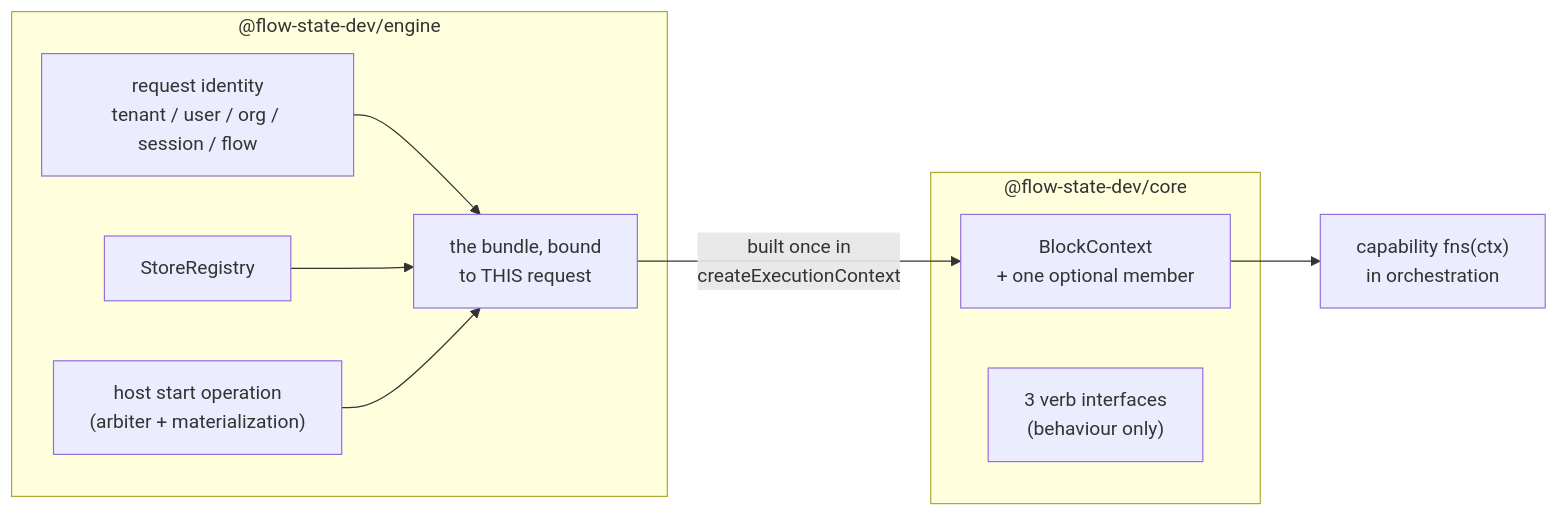
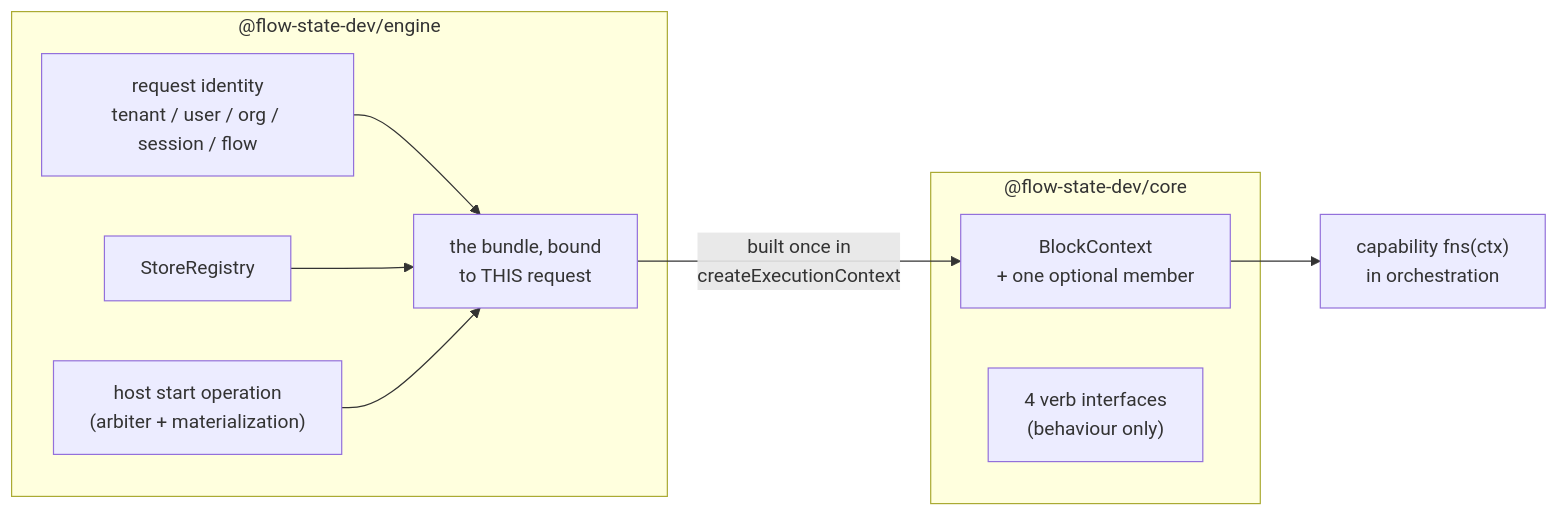
One commit to fixpoint-labs/flow-state-dev changed the diagram in spec/FIX-999.md. Above: the diagram before and after it, drawn with Mermaid. The commit also changed other lines of this file, not shown here.

````diff
--- a/spec/FIX-999.md
+++ b/spec/FIX-999.md
@@ -165,14 +200,14 @@
 ```mermaid
 flowchart LR
   subgraph core["@flow-state-dev/core"]
     BC["BlockContext<br/>+ one optional member"]
-    IF["3 verb interfaces<br/>(behaviour only)"]
+    IF["4 verb interfaces<br/>(behaviour only)"]
   end
   subgraph engine["@flow-state-dev/engine"]
     ID["request identity<br/>tenant / user / org / session / flow"] --> IMPL
     ST["StoreRegistry"] --> IMPL["the bundle, bound<br/>to THIS request"]
     HS["host start operation<br/>(arbiter + materialization)"] --> IMPL
     IMPL -->|built once in<br/>createExecutionContext| BC
   end
   BC --> CAP["capability fns(ctx)<br/>in orchestration"]
 ```
````
